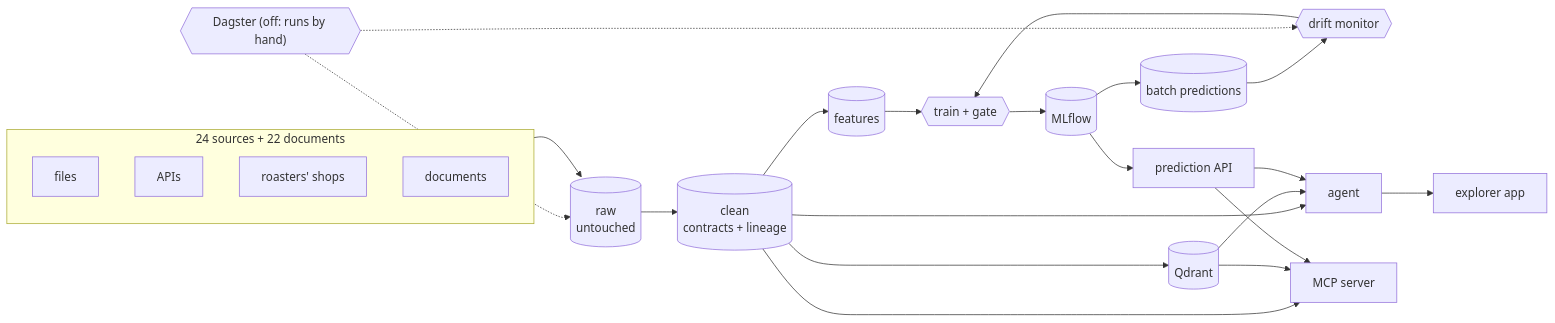
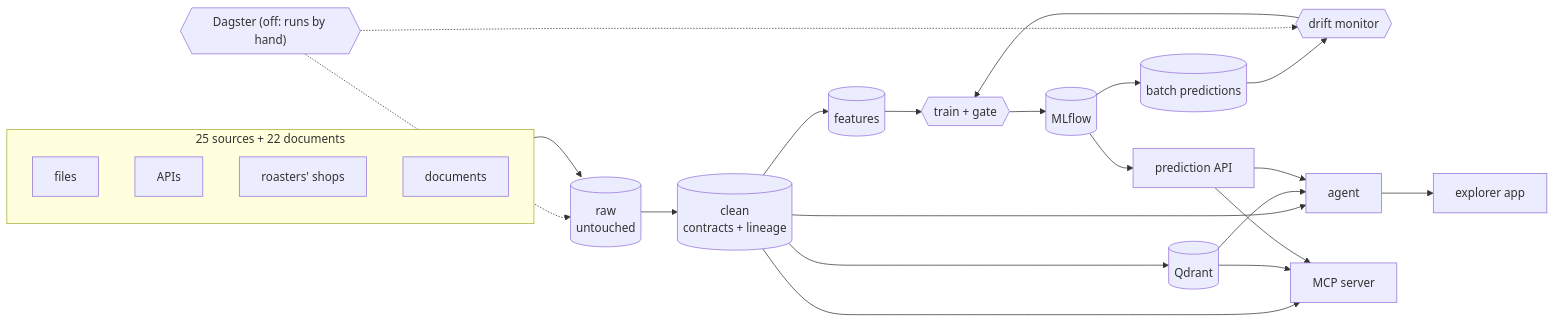
The diagram in README.md (AlanMLCH/coffee_mlops), drawn with Mermaid before and after one commit. The commit also changed other lines of this file and 26 other files, not shown here.

````diff
--- a/README.md
+++ b/README.md
@@ -117,30 +121,30 @@
 ```mermaid
 flowchart LR
-    subgraph SOURCES["24 sources + 22 documents"]
+    subgraph SOURCES["25 sources + 22 documents"]
         files["files"]
         apis["APIs"]
         shops["roasters' shops"]
         documents["documents"]
     end
     raw[("raw<br/>untouched")]
     clean[("clean<br/>contracts + lineage")]
     features[("features")]
     gate{{"train + gate"}}
     mlflow[("MLflow")]
     predictions[("batch predictions")]
     api["prediction API"]
     monitor{{"drift monitor"}}
     qdrant[("Qdrant")]
     agent["agent"]
     mcp["MCP server"]
     explorer["explorer app"]
     dagster{{"Dagster (off: runs by hand)"}}
 
     SOURCES --> raw --> clean --> features --> gate --> mlflow
     mlflow --> api & predictions
     predictions --> monitor --> gate
     clean --> qdrant
     clean & qdrant & api --> agent --> explorer
     clean & qdrant & api --> mcp
     dagster -.-> raw & monitor
 ```
````
